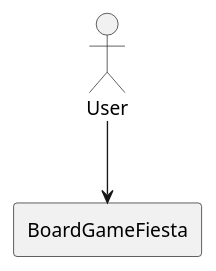
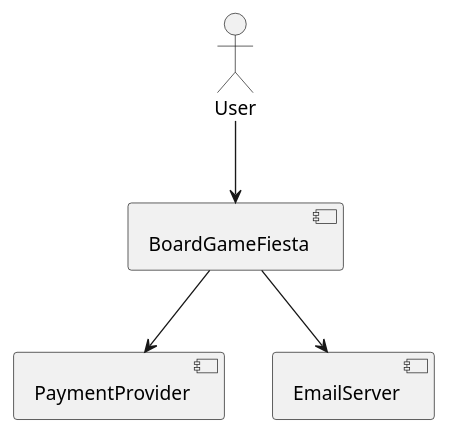
The diagram in docs/diagrams/context.puml (tomwetjens/boardgamefiesta), drawn with PlantUML before and after one commit. The commit also changed 2 other files, not shown here.

Commit message:
Update diagrams

```diff
--- a/docs/diagrams/context.puml
+++ b/docs/diagrams/context.puml
@@ -1,5 +1,7 @@
 @startuml
 actor User
-rectangle BoardGameFiesta
-User --> BoardGameFiesta
+[BoardGameFiesta]
+User --> [BoardGameFiesta]
+[BoardGameFiesta] --> [PaymentProvider]
+[BoardGameFiesta] --> [EmailServer]
 @enduml
```
